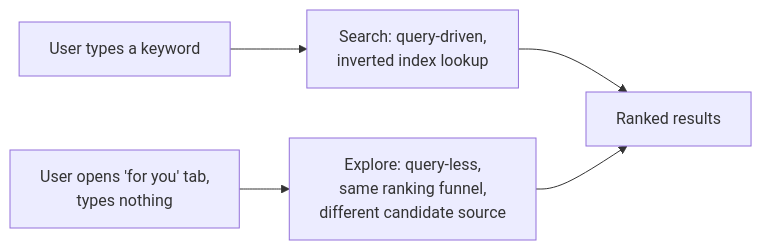
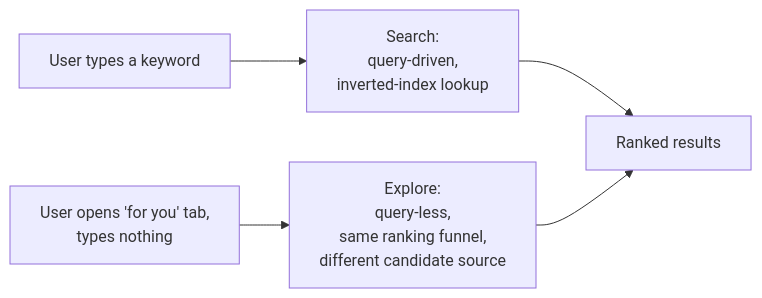
Diagram 11 of 13 in system-design/HLD/0-course/33-Design-Instagram-FAANG-Guide-story.md (riyaz-pasha/Learnings), drawn with Mermaid before and after one commit. The commit also changed other lines of this file and 5 other files, not shown here.

Commit message:
[REWRITE] Design Newsfeed story guide: simplify prose, add structure, fix diagrams

````diff
--- a/system-design/HLD/0-course/33-Design-Instagram-FAANG-Guide-story.md
+++ b/system-design/HLD/0-course/33-Design-Instagram-FAANG-Guide-story.md
@@ -301,7 +691,7 @@
 ```mermaid
 flowchart LR
-    Q["User types a keyword"] --> Search["Search: query-driven,\ninverted index lookup"]
-    NoQ["User opens 'for you' tab,\ntypes nothing"] --> Explore["Explore: query-less,\nsame ranking funnel,\ndifferent candidate source"]
+    Q["User types a keyword"] --> Search["Search:<br/>query-driven,<br/>inverted-index lookup"]
+    NoQ["User opens 'for you' tab,<br/>types nothing"] --> Explore["Explore:<br/>query-less,<br/>same ranking funnel,<br/>different candidate source"]
     Search --> Results["Ranked results"]
     Explore --> Results
 ```
````
